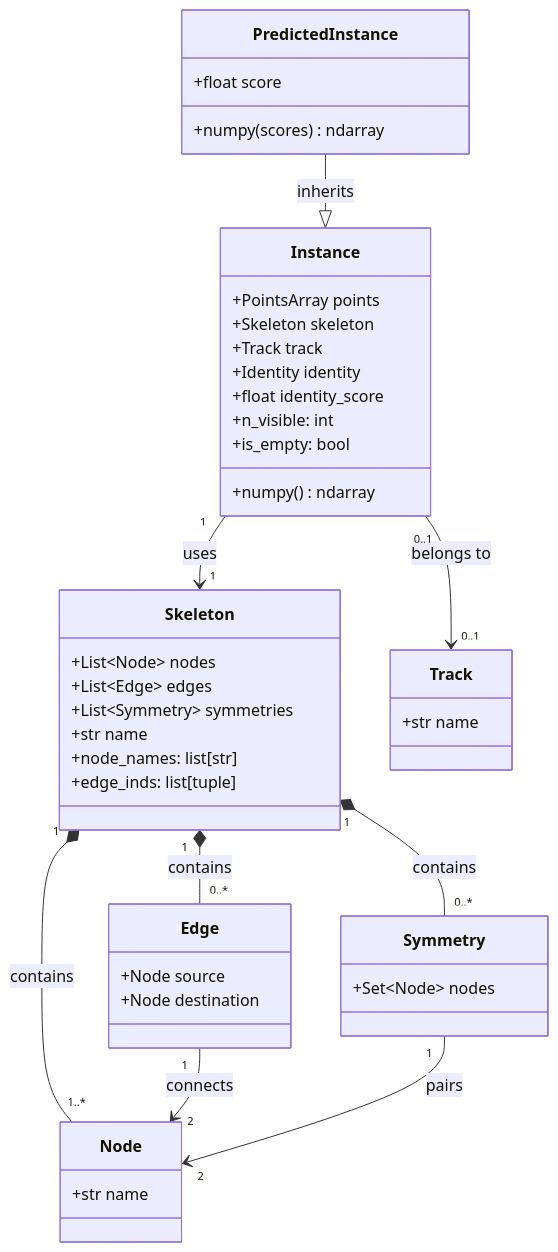
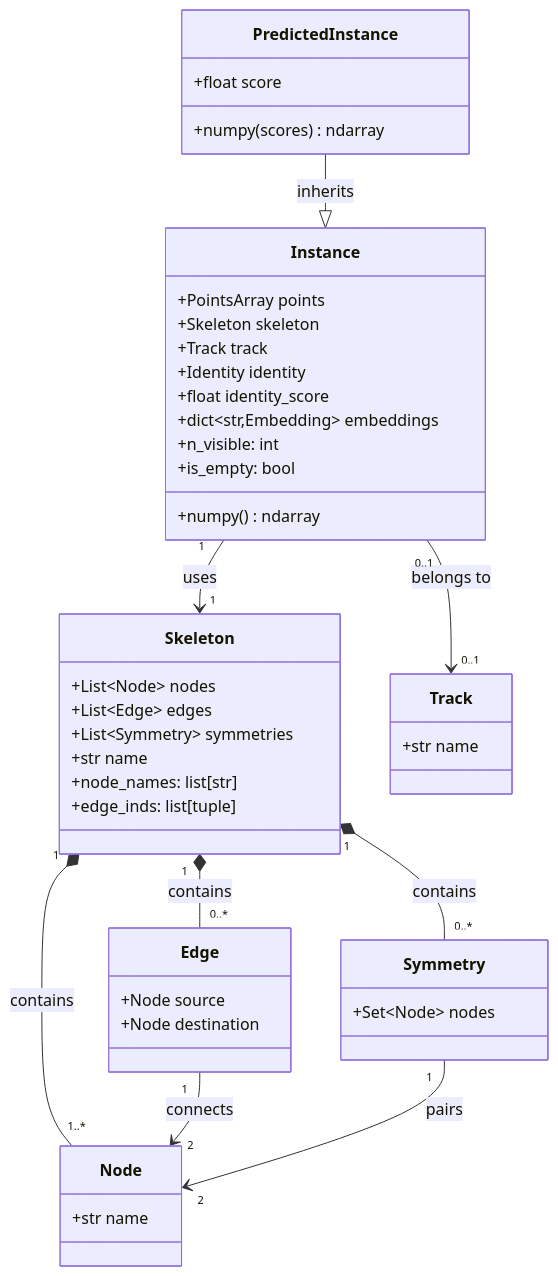
One commit to talmolab/sleap-io changed the diagram in docs/model/poses.md. Above: the diagram before and after it, drawn with Mermaid. The commit also changed other lines of this file and 23 other files, not shown here.

````diff
--- a/docs/model/poses.md
+++ b/docs/model/poses.md
@@ -307,54 +307,55 @@
 ``` mermaid
 classDiagram
     class Skeleton {
         +List~Node~ nodes
         +List~Edge~ edges
         +List~Symmetry~ symmetries
         +str name
         +node_names: list[str]
         +edge_inds: list[tuple]
     }
 
     class Node {
         +str name
     }
 
     class Edge {
         +Node source
         +Node destination
     }
 
     class Symmetry {
         +Set~Node~ nodes
     }
 
     class Instance {
         +PointsArray points
         +Skeleton skeleton
         +Track track
         +Identity identity
         +float identity_score
+        +dict~str,Embedding~ embeddings
         +numpy() ndarray
         +n_visible: int
         +is_empty: bool
     }
 
     class PredictedInstance {
         +float score
         +numpy(scores) ndarray
     }
 
     class Track {
         +str name
     }
 
     Skeleton "1" *-- "1..*" Node : contains
     Skeleton "1" *-- "0..*" Edge : contains
     Skeleton "1" *-- "0..*" Symmetry : contains
     Edge "1" --> "2" Node : connects
     Symmetry "1" --> "2" Node : pairs
 
     Instance "1" --> "1" Skeleton : uses
     Instance "0..1" --> "0..1" Track : belongs to
     PredictedInstance --|> Instance : inherits
 ```
````
